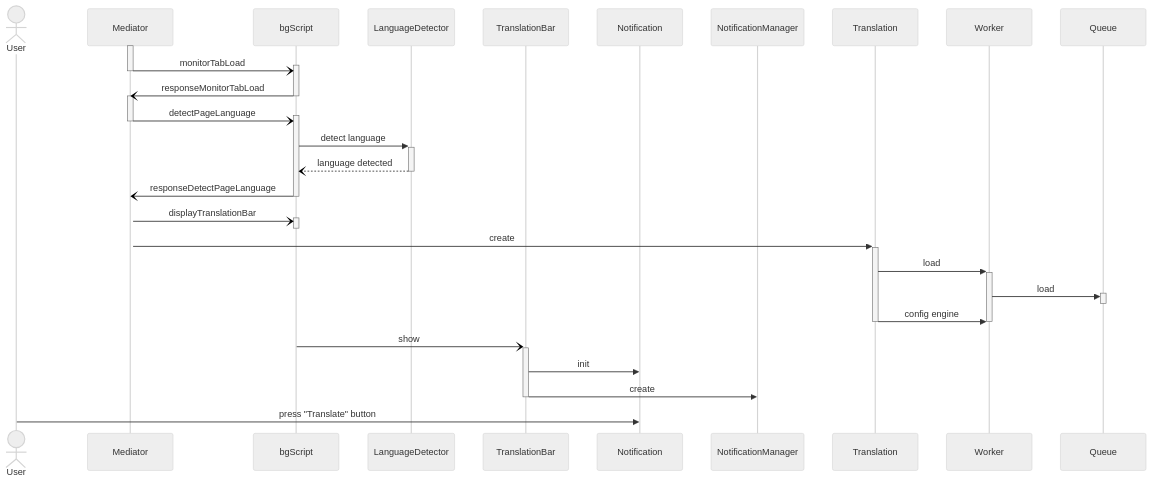
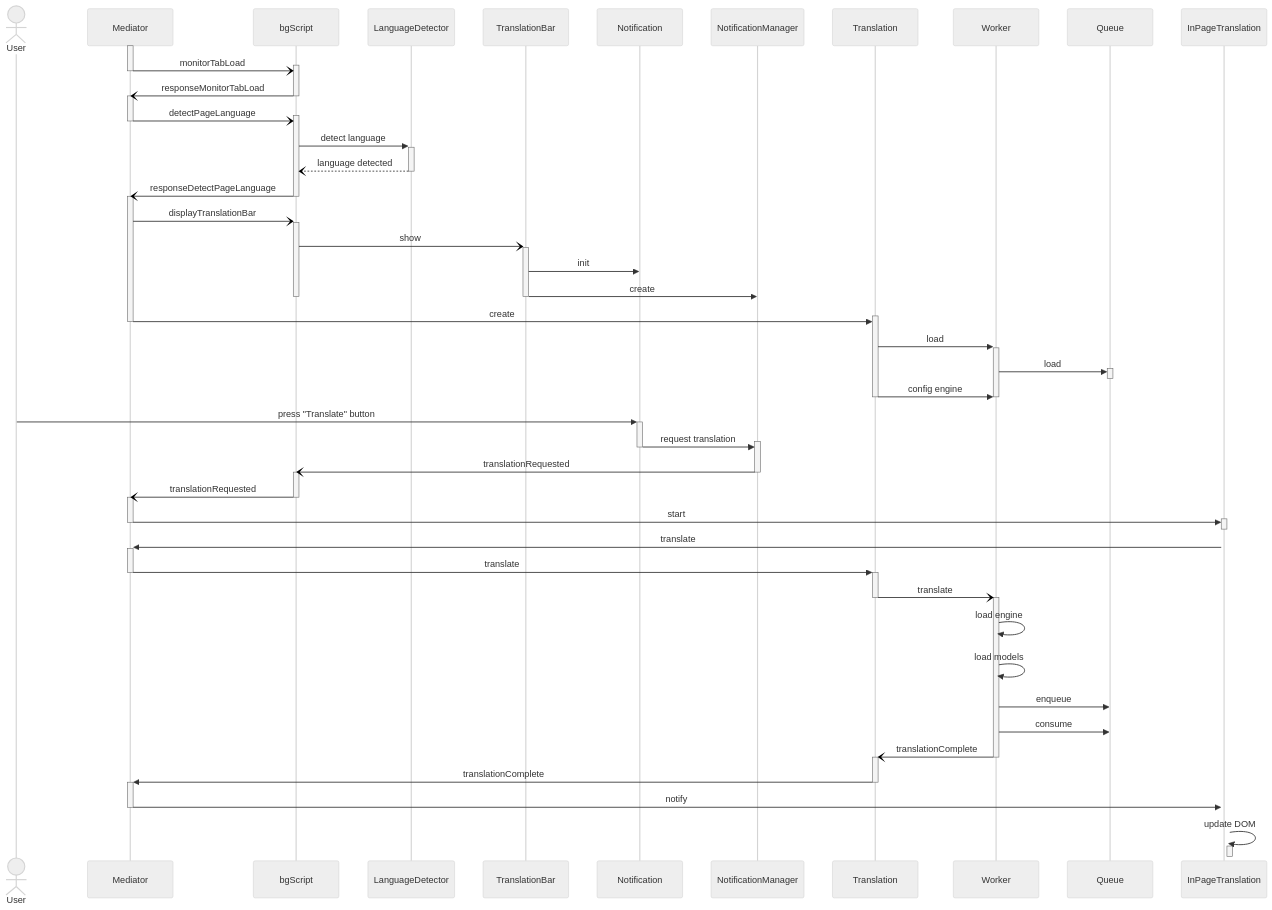
Before and after one commit to mozilla/firefox-translations: the diagram in docs/sequence.md, drawn with Mermaid (neutral theme).

Commit message:
Add translation

````diff
--- a/docs/sequence.md
+++ b/docs/sequence.md
@@ -3,38 +3,71 @@
 ```mermaid
 sequenceDiagram
     actor User
     participant m as Mediator
     participant bg as bgScript
     participant ld as LanguageDetector
     participant tb as TranslationBar
     participant nt as Notification
     participant ntm as NotificationManager
     participant t as Translation
     participant w as Worker
     participant q as Queue
+    participant ipt as InPageTranslation
     activate m
     m-)+bg: monitorTabLoad
     deactivate m
     bg-)-m: responseMonitorTabLoad
     activate m
     m-)+bg: detectPageLanguage
     deactivate m
     bg->>+ld: detect language
     ld--)-bg: language detected
     bg-)-m: responseDetectPageLanguage
     activate m
     m-)+bg: displayTranslationBar
+    bg-)+tb: show
+    tb->>nt: init
+    tb->>ntm: create
+    deactivate tb
     deactivate bg
     m->>+t: create
+    deactivate m
     t->>+w: load
     w->>+q: load
     deactivate q
     t->>w: config engine
     deactivate w
     deactivate t
-    bg-)+tb: show
-    tb->>nt: init
-    tb->>ntm: create
-    deactivate tb
-    User->>nt: press "Translate" button
+    User->>+nt: press "Translate" button
+    nt->>+ntm: request translation
+    deactivate nt
+    ntm-)-bg: translationRequested
+    activate bg
+    bg-)-m: translationRequested
+    activate m
+    m->>+ipt: start
+    deactivate m
+    deactivate ipt
+    activate ipt
+    ipt->>+m: translate
+    m->>+t: translate
+    deactivate m
+    t-)+w: translate
+    deactivate t
+    w->>w: load engine
+    w->>w: load models
+    w->>q: enqueue
+    w->>q: consume
+    w-)+t: translationComplete
+    deactivate w
+    t->>+m: translationComplete
+    deactivate t
+    m->>+ipt: notify
+    deactivate m
+    ipt->>+ipt: update DOM
+    deactivate ipt
+
+    
+    
+    
 ```
````
